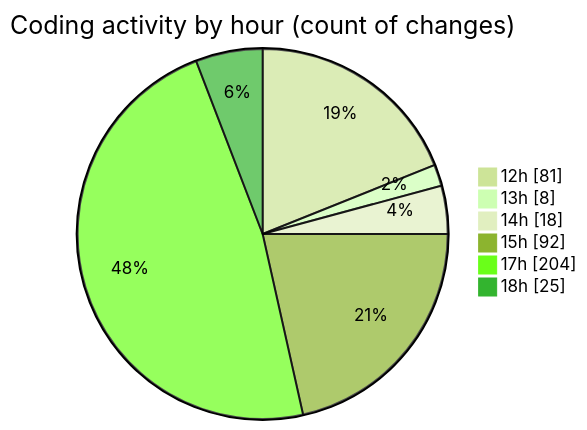
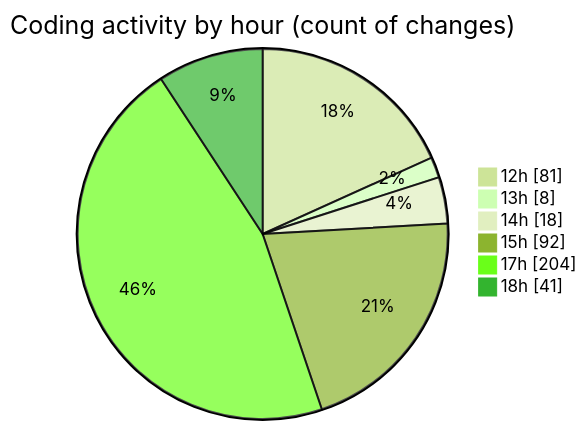
One commit to Ritupan-Deka/code-tracking changed the second of 2 diagrams in 2025-12-28/rust/README.md. Above: the diagram before and after it, drawn with Mermaid (forest theme). The commit also changed other lines of this file and 1 other file, not shown here.

````diff
--- a/2025-12-28/rust/README.md
+++ b/2025-12-28/rust/README.md
@@ -31,10 +31,10 @@
 ```mermaid
 pie showData
 title Coding activity by hour (count of changes)
 "12h" : 81
 "13h" : 8
 "14h" : 18
 "15h" : 92
 "17h" : 204
-"18h" : 25
+"18h" : 41
 ```
````
